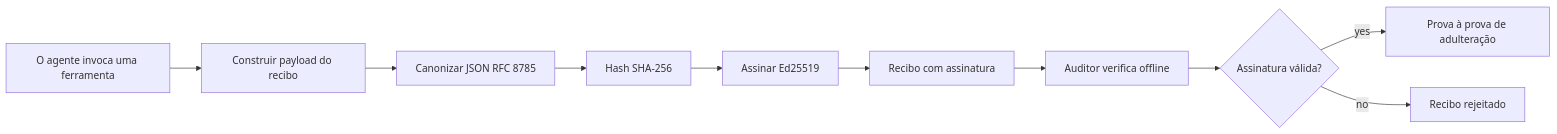
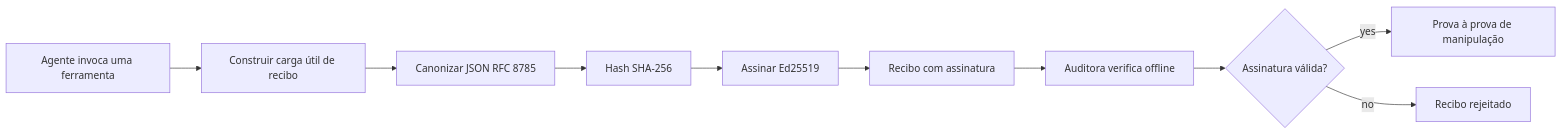
One commit to gabrielmoreira/agent-skills-mirror changed the first of 2 diagrams in mirrors/repos/microsoft@ai-agents-for-beginners/translations/pt-PT/18-securing-ai-agents/README.md. Above: the diagram before and after it, drawn with Mermaid. The commit also changed other lines of this file and 2285 other files, not shown here.

````diff
--- a/mirrors/repos/microsoft@ai-agents-for-beginners/translations/pt-PT/18-securing-ai-agents/README.md
+++ b/mirrors/repos/microsoft@ai-agents-for-beginners/translations/pt-PT/18-securing-ai-agents/README.md
@@ -51,12 +51,12 @@
 ```mermaid
 flowchart LR
-    A[O agente invoca uma ferramenta] --> B[Construir payload do recibo]
+    A[Agente invoca uma ferramenta] --> B[Construir carga útil de recibo]
     B --> C[Canonizar JSON RFC 8785]
     C --> D[Hash SHA-256]
     D --> E[Assinar Ed25519]
     E --> F[Recibo com assinatura]
-    F --> G[Auditor verifica offline]
+    F --> G[Auditora verifica offline]
     G --> H{Assinatura válida?}
-    H -- yes --> I[Prova à prova de adulteração]
+    H -- yes --> I[Prova à prova de manipulação]
     H -- no --> J[Recibo rejeitado]
 ```
````
